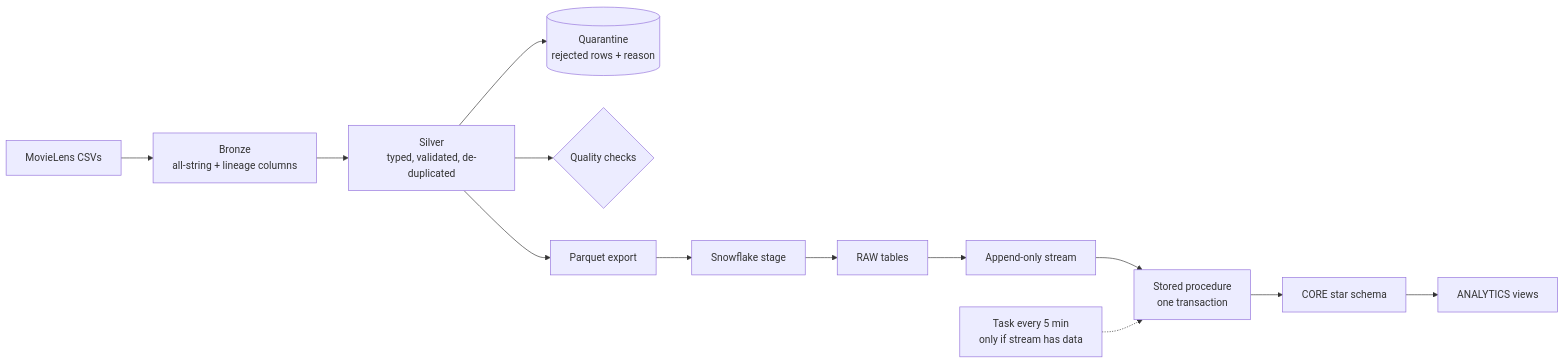
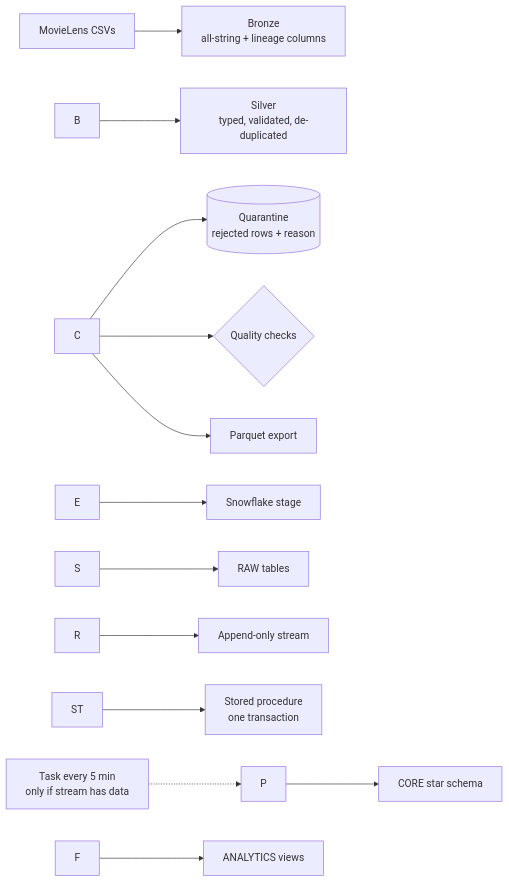
Before and after one commit to Mahak516/movielens-lakehouse: the first of 2 diagrams in README.md, drawn with Mermaid. The commit also changed other lines of this file, not shown here.

````diff
--- a/README.md
+++ b/README.md
@@ -11,15 +11,15 @@
 ```mermaid
 flowchart LR
-    A[MovieLens CSVs] --> B[Bronze<br/>all-string + lineage columns]
-    B --> C[Silver<br/>typed, validated, de-duplicated]
-    C --> Q[(Quarantine<br/>rejected rows + reason)]
+    A\[MovieLens CSVs] --> B\[Bronze<br/>all-string + lineage columns]
+    B --> C\[Silver<br/>typed, validated, de-duplicated]
+    C --> Q\[(Quarantine<br/>rejected rows + reason)]
     C --> K{Quality checks}
-    C --> E[Parquet export]
-    E --> S[Snowflake stage]
-    S --> R[RAW tables]
-    R --> ST[Append-only stream]
-    ST --> P[Stored procedure<br/>one transaction]
-    P --> F[CORE star schema]
-    F --> V[ANALYTICS views]
-    T[Task every 5 min<br/>only if stream has data] -.-> P
+    C --> E\[Parquet export]
+    E --> S\[Snowflake stage]
+    S --> R\[RAW tables]
+    R --> ST\[Append-only stream]
+    ST --> P\[Stored procedure<br/>one transaction]
+    P --> F\[CORE star schema]
+    F --> V\[ANALYTICS views]
+    T\[Task every 5 min<br/>only if stream has data] -.-> P
 ```
````
